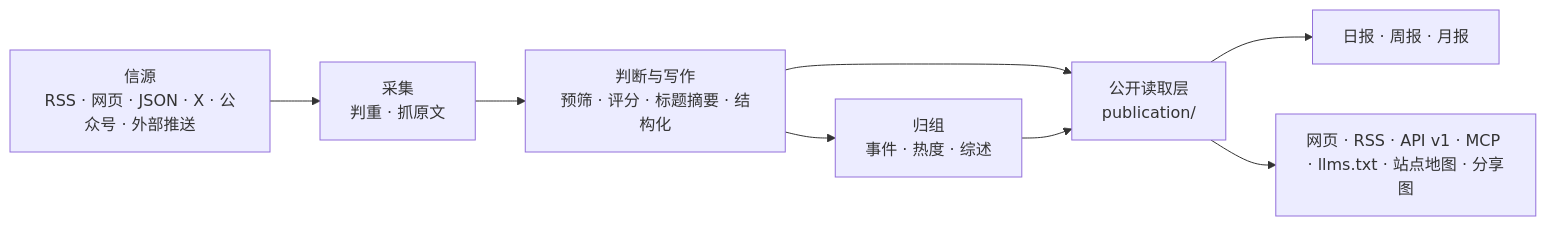
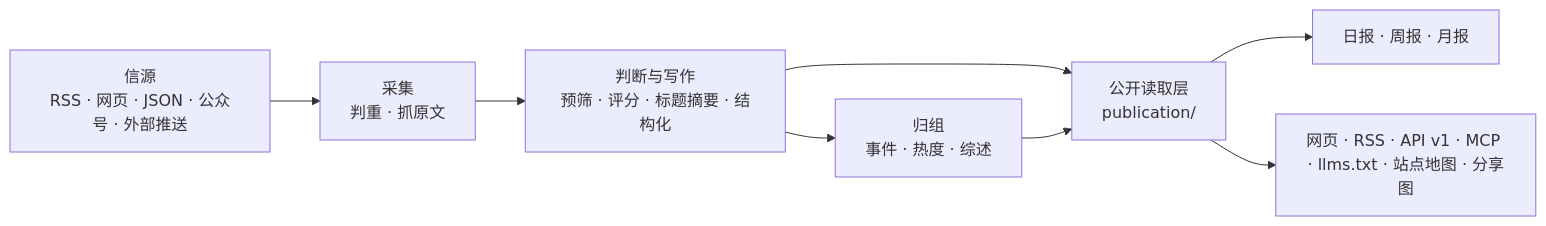
The diagram in docs/architecture.md (alongor666/InsurHOT), drawn with Mermaid before and after one commit. The commit also changed other lines of this file and 84 other files, not shown here.

````diff
--- a/docs/architecture.md
+++ b/docs/architecture.md
@@ -3,10 +3,10 @@
 ```mermaid
 flowchart LR
-  S["信源<br/>RSS · 网页 · JSON · X · 公众号 · 外部推送"] --> C["采集<br/>判重 · 抓原文"]
+  S["信源<br/>RSS · 网页 · JSON · 公众号 · 外部推送"] --> C["采集<br/>判重 · 抓原文"]
   C --> J["判断与写作<br/>预筛 · 评分 · 标题摘要 · 结构化"]
   J --> G["归组<br/>事件 · 热度 · 综述"]
   J --> P["公开读取层<br/>publication/"]
   G --> P
   P --> R["日报 · 周报 · 月报"]
   P --> O["网页 · RSS · API v1 · MCP · llms.txt · 站点地图 · 分享图"]
 ```
````
